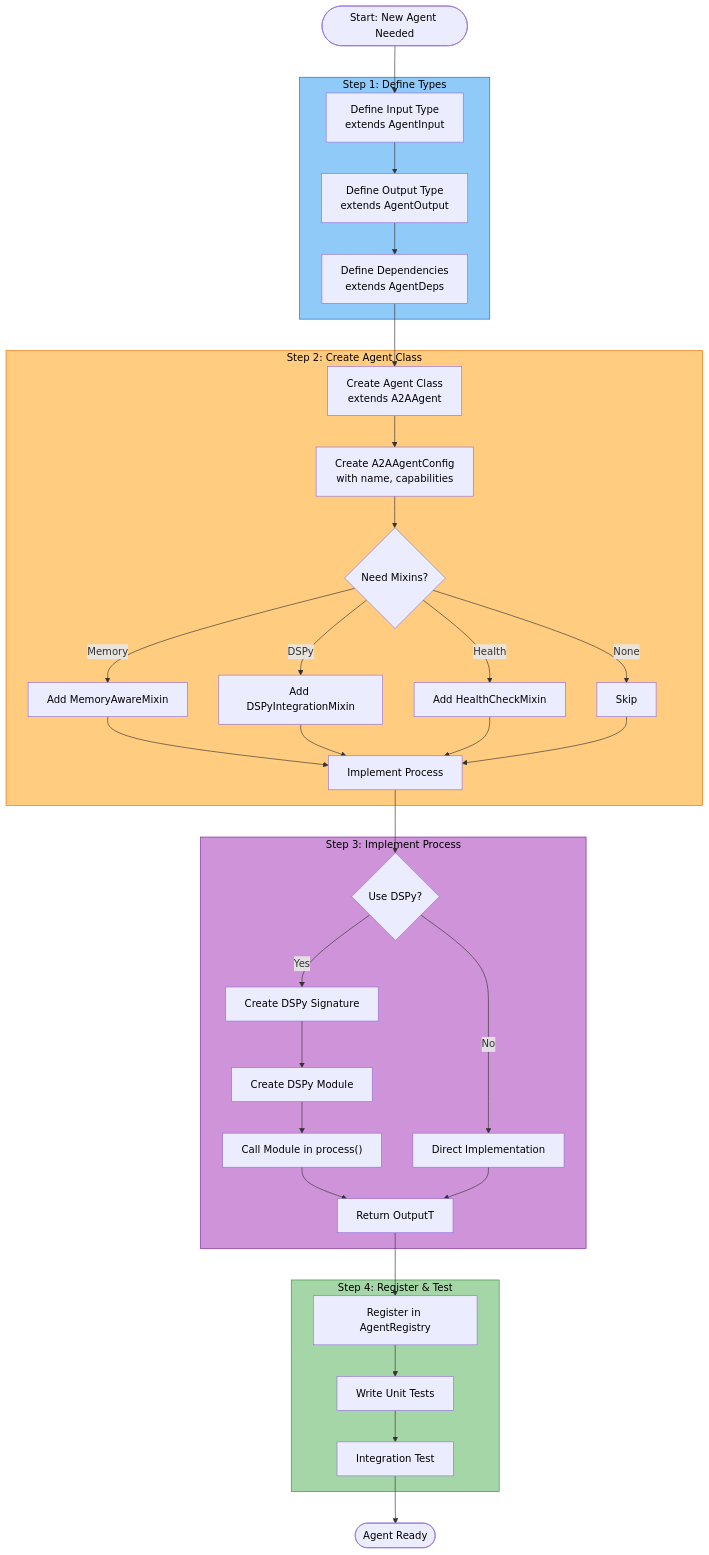
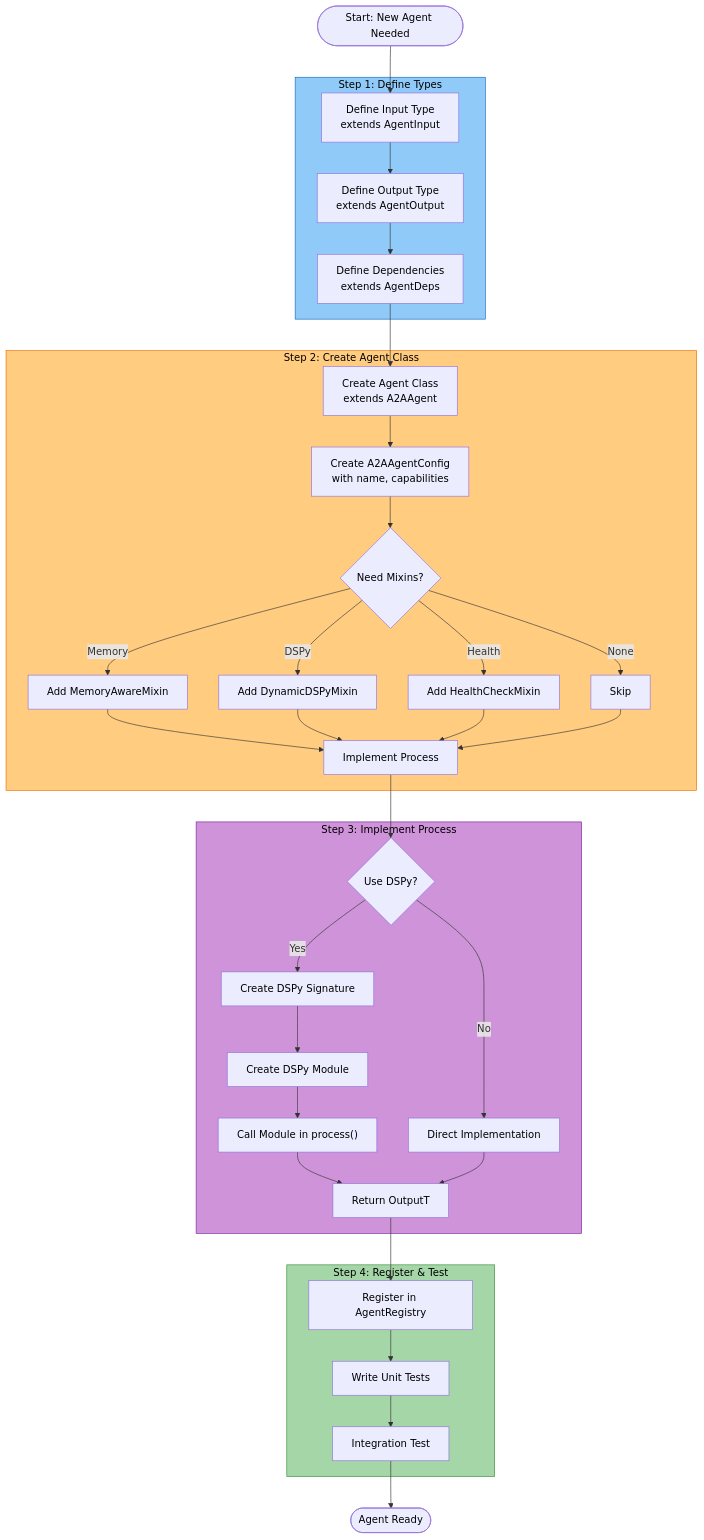
One commit to amit-jain/cogniverse changed the diagram in docs/tutorials/creating-agents.md. Above: the diagram before and after it, drawn with Mermaid. The commit also changed 5 other files, not shown here.

Commit message:
Replace deleted DSPyIntegrationMixin references with DynamicDSPyMixin in docs

````diff
--- a/docs/tutorials/creating-agents.md
+++ b/docs/tutorials/creating-agents.md
@@ -33,50 +33,50 @@
 ```mermaid
 flowchart TB
     Start(["<span style='color:#000'>Start: New Agent Needed</span>"]) --> DefineTypes
 
     subgraph Types["<span style='color:#000'>Step 1: Define Types</span>"]
         DefineTypes["<span style='color:#000'>Define Input Type<br/>extends AgentInput</span>"] --> DefineOutput["<span style='color:#000'>Define Output Type<br/>extends AgentOutput</span>"]
         DefineOutput --> DefineDeps["<span style='color:#000'>Define Dependencies<br/>extends AgentDeps</span>"]
     end
 
     DefineDeps --> CreateClass
 
     subgraph Class["<span style='color:#000'>Step 2: Create Agent Class</span>"]
         CreateClass["<span style='color:#000'>Create Agent Class<br/>extends A2AAgent</span>"] --> SetMetadata["<span style='color:#000'>Create A2AAgentConfig<br/>with name, capabilities</span>"]
         SetMetadata --> ChooseMixins{"<span style='color:#000'>Need Mixins?</span>"}
         ChooseMixins -->|Memory| AddMemory["<span style='color:#000'>Add MemoryAwareMixin</span>"]
-        ChooseMixins -->|DSPy| AddDSPy["<span style='color:#000'>Add DSPyIntegrationMixin</span>"]
+        ChooseMixins -->|DSPy| AddDSPy["<span style='color:#000'>Add DynamicDSPyMixin</span>"]
         ChooseMixins -->|Health| AddHealth["<span style='color:#000'>Add HealthCheckMixin</span>"]
         ChooseMixins -->|None| SkipMixins["<span style='color:#000'>Skip</span>"]
         AddMemory --> ImplementProcess
         AddDSPy --> ImplementProcess
         AddHealth --> ImplementProcess
         SkipMixins --> ImplementProcess
     end
 
     ImplementProcess["<span style='color:#000'>Implement Process</span>"] --> DSPy
 
     subgraph Process["<span style='color:#000'>Step 3: Implement Process</span>"]
         DSPy{"<span style='color:#000'>Use DSPy?</span>"}
         DSPy -->|Yes| CreateSignature["<span style='color:#000'>Create DSPy Signature</span>"]
         CreateSignature --> CreateModule["<span style='color:#000'>Create DSPy Module</span>"]
         CreateModule --> CallModule["<span style='color:#000'>Call Module in process()</span>"]
         DSPy -->|No| DirectImpl["<span style='color:#000'>Direct Implementation</span>"]
         CallModule --> ReturnOutput
         DirectImpl --> ReturnOutput["<span style='color:#000'>Return OutputT</span>"]
     end
 
     ReturnOutput --> Register
 
     subgraph Deploy["<span style='color:#000'>Step 4: Register & Test</span>"]
         Register["<span style='color:#000'>Register in AgentRegistry</span>"] --> WriteTests["<span style='color:#000'>Write Unit Tests</span>"]
         WriteTests --> Integration["<span style='color:#000'>Integration Test</span>"]
     end
 
     Integration --> Done(["<span style='color:#000'>Agent Ready</span>"])
 
     style Types fill:#90caf9,stroke:#1565c0,color:#000
     style Class fill:#ffcc80,stroke:#ef6c00,color:#000
     style Process fill:#ce93d8,stroke:#7b1fa2,color:#000
     style Deploy fill:#a5d6a7,stroke:#388e3c,color:#000
 ```
````
